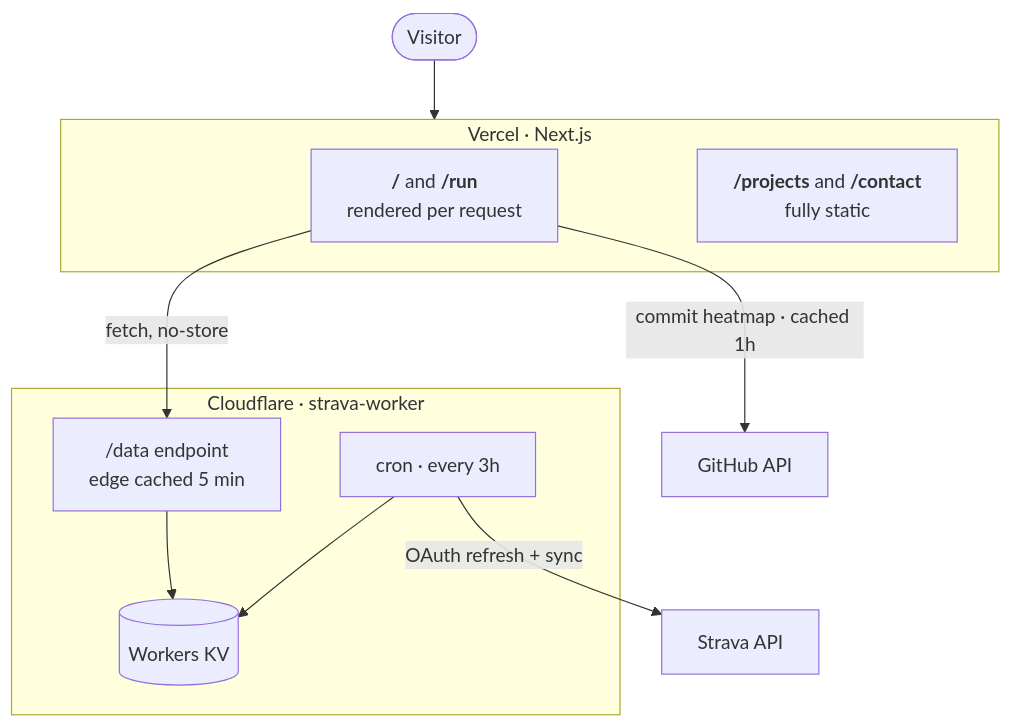
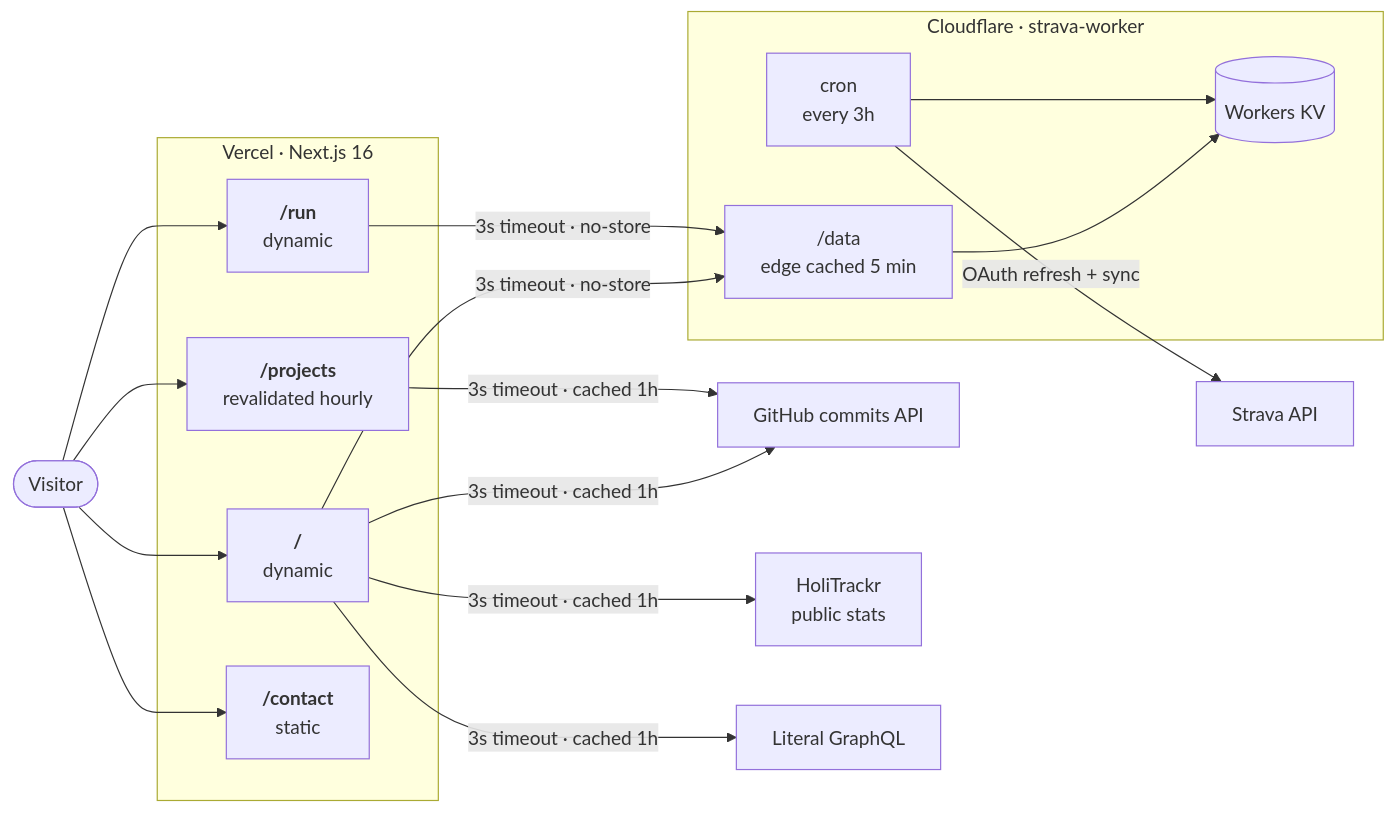
One commit to KodaAllison/portfolio-website changed the diagram in README.md. Above: the diagram before and after it, drawn with Mermaid. The commit also changed other lines of this file and 52 other files, not shown here.

````diff
--- a/README.md
+++ b/README.md
@@ -11,25 +13,38 @@
 ```mermaid
-flowchart TB
+flowchart LR
     visitor([Visitor])
 
-    subgraph vercel [Vercel · Next.js]
-        dynamic["<b>/</b> and <b>/run</b><br/>rendered per request"]
-        static["<b>/projects</b> and <b>/contact</b><br/>fully static"]
+    subgraph vercel [Vercel · Next.js 16]
+        home["<b>/</b><br/>dynamic"]
+        run["<b>/run</b><br/>dynamic"]
+        projects["<b>/projects</b><br/>revalidated hourly"]
+        contact["<b>/contact</b><br/>static"]
     end
 
-    subgraph cf [Cloudflare · strava-worker]
-        data["/data endpoint<br/>edge cached 5 min"]
-        kv[("Workers KV")]
-        cron["cron · every 3h"]
+    subgraph cloudflare [Cloudflare · strava-worker]
+        data["/data<br/>edge cached 5 min"]
+        kv[(Workers KV)]
+        cron["cron<br/>every 3h"]
     end
 
-    strava["Strava API"]
-    github["GitHub API"]
+    strava[Strava API]
+    github[GitHub commits API]
+    holitrackr["HoliTrackr<br/>public stats"]
+    literal[Literal GraphQL]
 
-    visitor --> vercel
-    dynamic -- "fetch, no-store" --> data
-    dynamic -- "commit heatmap · cached 1h" --> github
+    visitor --> home
+    visitor --> run
+    visitor --> projects
+    visitor --> contact
+
+    home -- "3s timeout · no-store" --> data
+    run -- "3s timeout · no-store" --> data
+    home -- "3s timeout · cached 1h" --> github
+    projects -- "3s timeout · cached 1h" --> github
+    home -- "3s timeout · cached 1h" --> holitrackr
+    home -- "3s timeout · cached 1h" --> literal
+
     data --> kv
     cron -- "OAuth refresh + sync" --> strava
     cron --> kv
 ```
````
